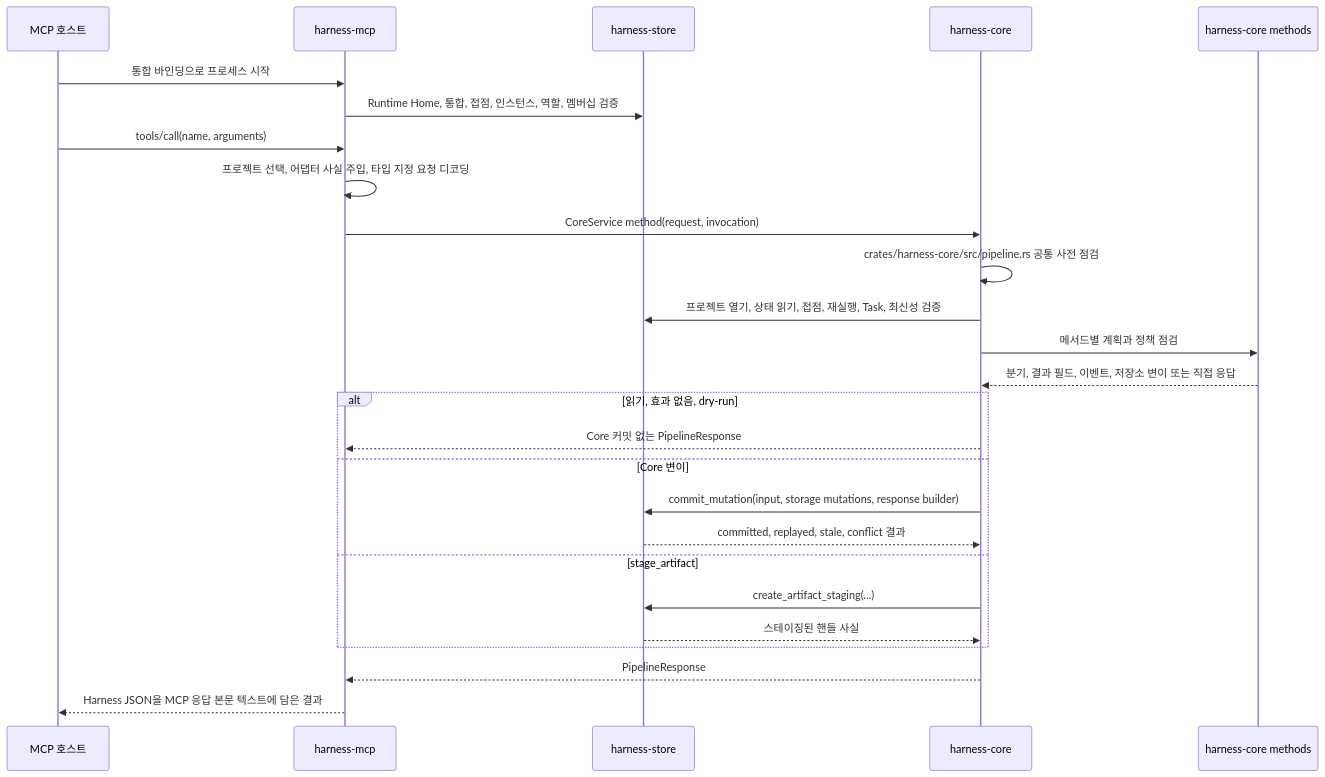
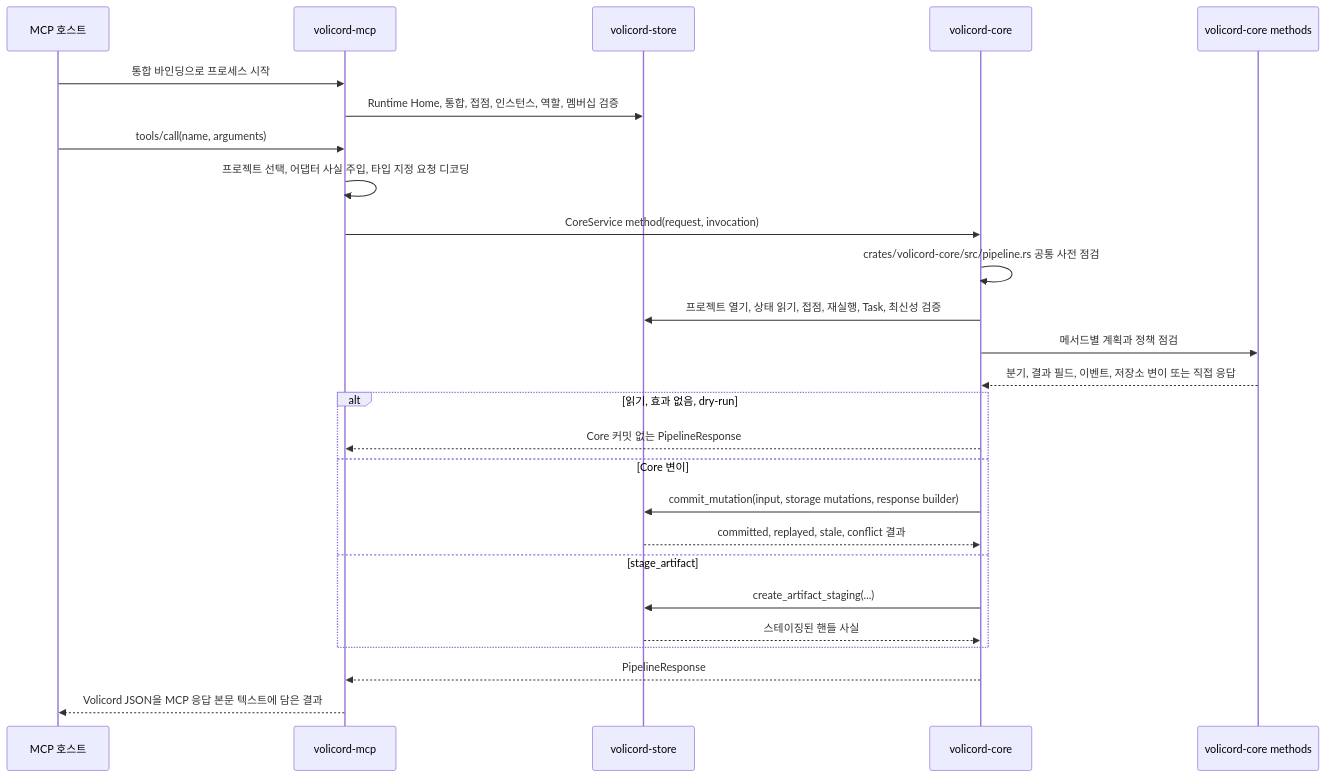
Before and after one commit to minjungw00/Harness_Project: the third of 4 diagrams in docs/ko/development/architecture.md, drawn with Mermaid. The commit also changed other lines of this file and 59 other files, not shown here.

````diff
--- a/docs/ko/development/architecture.md
+++ b/docs/ko/development/architecture.md
@@ -159,29 +159,29 @@
 ```mermaid
 sequenceDiagram
   participant Host as MCP 호스트
-  participant MCP as harness-mcp
-  participant Store as harness-store
-  participant Core as harness-core
-  participant Method as harness-core methods
+  participant MCP as volicord-mcp
+  participant Store as volicord-store
+  participant Core as volicord-core
+  participant Method as volicord-core methods
 
   Host->>MCP: 통합 바인딩으로 프로세스 시작
   MCP->>Store: Runtime Home, 통합, 접점, 인스턴스, 역할, 멤버십 검증
   Host->>MCP: tools/call(name, arguments)
   MCP->>MCP: 프로젝트 선택, 어댑터 사실 주입, 타입 지정 요청 디코딩
   MCP->>Core: CoreService method(request, invocation)
-  Core->>Core: crates/harness-core/src/pipeline.rs 공통 사전 점검
+  Core->>Core: crates/volicord-core/src/pipeline.rs 공통 사전 점검
   Core->>Store: 프로젝트 열기, 상태 읽기, 접점, 재실행, Task, 최신성 검증
   Core->>Method: 메서드별 계획과 정책 점검
   Method-->>Core: 분기, 결과 필드, 이벤트, 저장소 변이 또는 직접 응답
   alt 읽기, 효과 없음, dry-run
     Core-->>MCP: Core 커밋 없는 PipelineResponse
   else Core 변이
     Core->>Store: commit_mutation(input, storage mutations, response builder)
     Store-->>Core: committed, replayed, stale, conflict 결과
   else stage_artifact
     Core->>Store: create_artifact_staging(...)
     Store-->>Core: 스테이징된 핸들 사실
   end
   Core-->>MCP: PipelineResponse
-  MCP-->>Host: Harness JSON을 MCP 응답 본문 텍스트에 담은 결과
+  MCP-->>Host: Volicord JSON을 MCP 응답 본문 텍스트에 담은 결과
 ```
````
